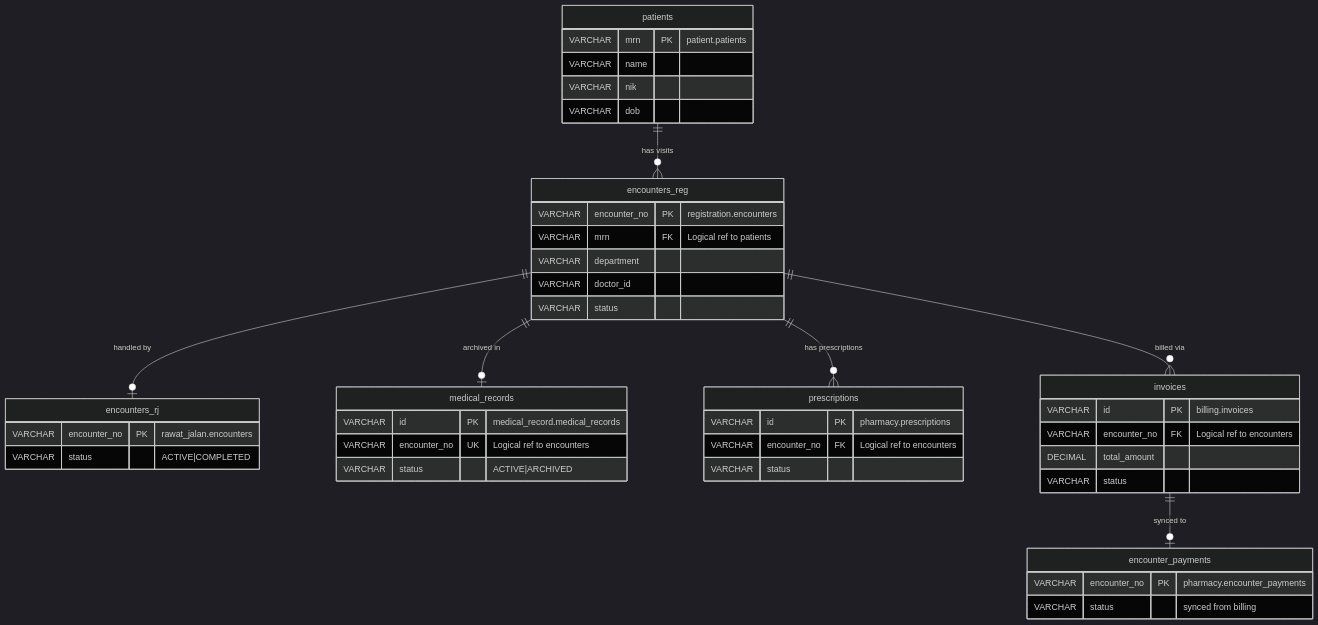
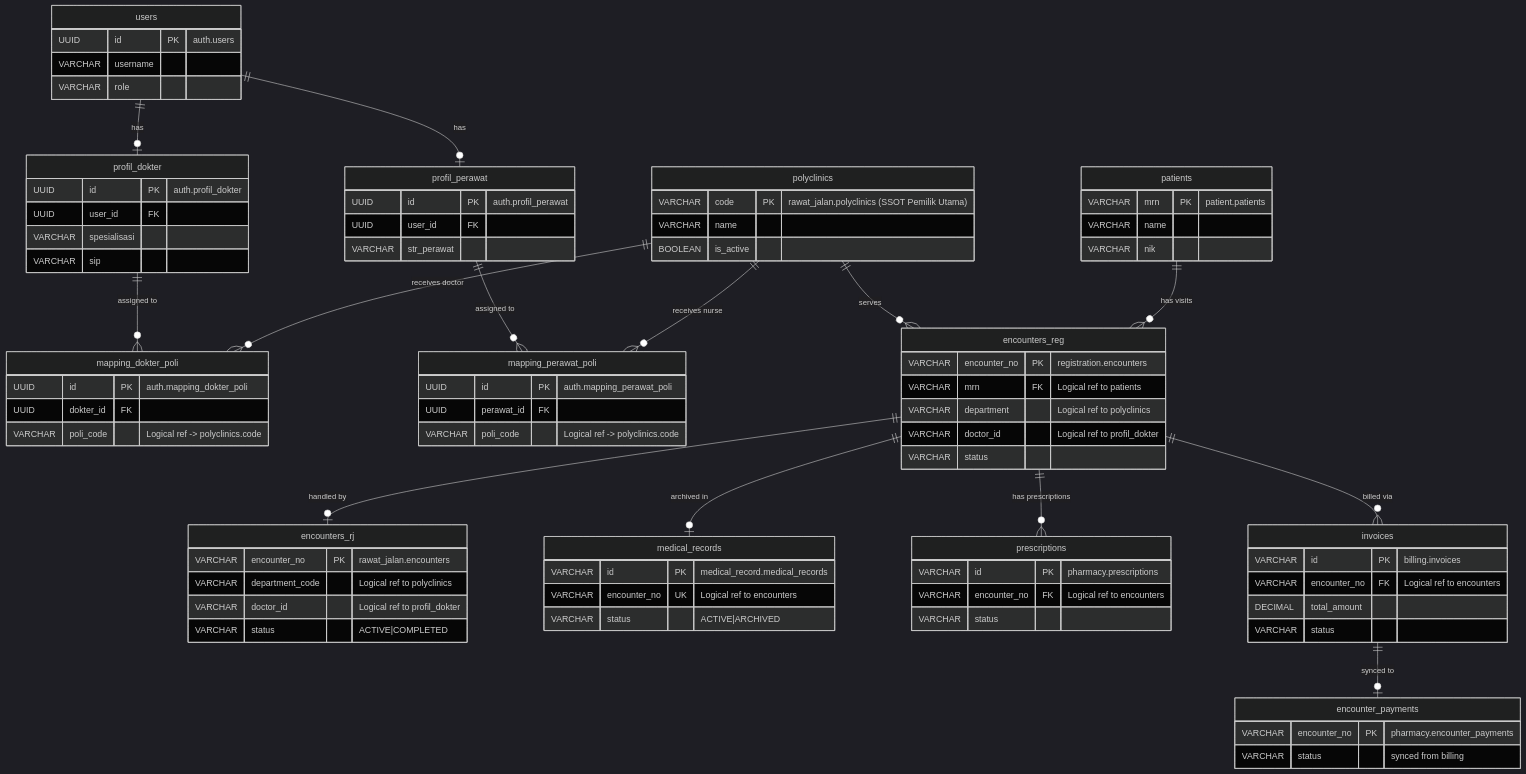
Diagram 14 of 19 in docs/be/technical/technical_documentation.md (odealidj/go-micro-simrs-one), drawn with Mermaid (dark theme) before and after one commit. The commit also changed other lines of this file, not shown here.

First line of the commit message:
docs(erd): complete Auth Service ERD and specify Rawat Jalan as SSOT owner of Polyclinics

````diff
--- a/docs/be/technical/technical_documentation.md
+++ b/docs/be/technical/technical_documentation.md
@@ -820,22 +990,60 @@
 ```mermaid
 erDiagram
+    users {
+        UUID id PK "auth.users"
+        VARCHAR username
+        VARCHAR role
+    }
+
+    profil_dokter {
+        UUID id PK "auth.profil_dokter"
+        UUID user_id FK
+        VARCHAR spesialisasi
+        VARCHAR sip
+    }
+
+    profil_perawat {
+        UUID id PK "auth.profil_perawat"
+        UUID user_id FK
+        VARCHAR str_perawat
+    }
+
+    mapping_dokter_poli {
+        UUID id PK "auth.mapping_dokter_poli"
+        UUID dokter_id FK
+        VARCHAR poli_code "Logical ref -> polyclinics.code"
+    }
+
+    mapping_perawat_poli {
+        UUID id PK "auth.mapping_perawat_poli"
+        UUID perawat_id FK
+        VARCHAR poli_code "Logical ref -> polyclinics.code"
+    }
+
+    polyclinics {
+        VARCHAR code PK "rawat_jalan.polyclinics (SSOT Pemilik Utama)"
+        VARCHAR name
+        BOOLEAN is_active
+    }
+
     patients {
         VARCHAR mrn PK "patient.patients"
         VARCHAR name
         VARCHAR nik
-        VARCHAR dob
     }
 
     encounters_reg {
         VARCHAR encounter_no PK "registration.encounters"
         VARCHAR mrn FK "Logical ref to patients"
-        VARCHAR department
-        VARCHAR doctor_id
+        VARCHAR department "Logical ref to polyclinics"
+        VARCHAR doctor_id "Logical ref to profil_dokter"
         VARCHAR status
     }
 
     encounters_rj {
         VARCHAR encounter_no PK "rawat_jalan.encounters"
+        VARCHAR department_code "Logical ref to polyclinics"
+        VARCHAR doctor_id "Logical ref to profil_dokter"
         VARCHAR status "ACTIVE|COMPLETED"
     }
 
@@ -863,6 +1071,13 @@
         VARCHAR status "synced from billing"
     }
 
+    users ||--o| profil_dokter : "has"
+    users ||--o| profil_perawat : "has"
+    profil_dokter ||--o{ mapping_dokter_poli : "assigned to"
+    profil_perawat ||--o{ mapping_perawat_poli : "assigned to"
+    polyclinics ||--o{ mapping_dokter_poli : "receives doctor"
+    polyclinics ||--o{ mapping_perawat_poli : "receives nurse"
+    polyclinics ||--o{ encounters_reg : "serves"
     patients ||--o{ encounters_reg : "has visits"
     encounters_reg ||--o| encounters_rj : "handled by"
     encounters_reg ||--o| medical_records : "archived in"
````
